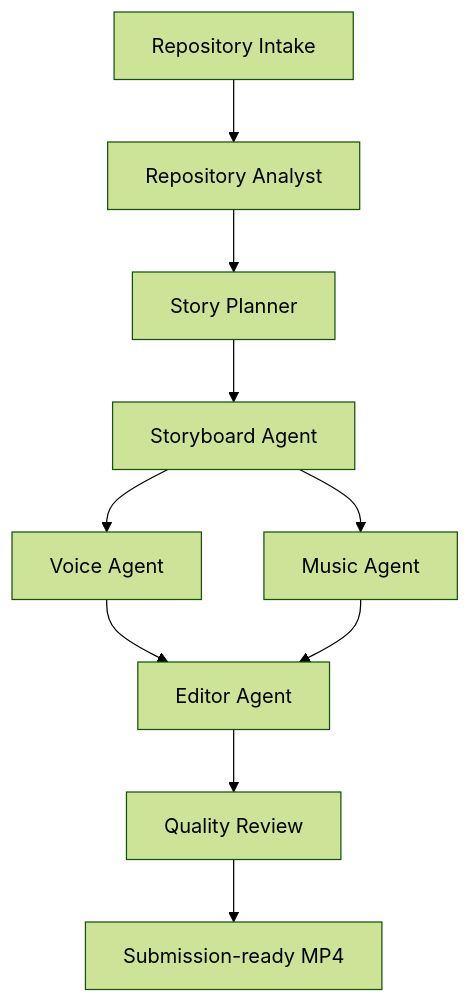
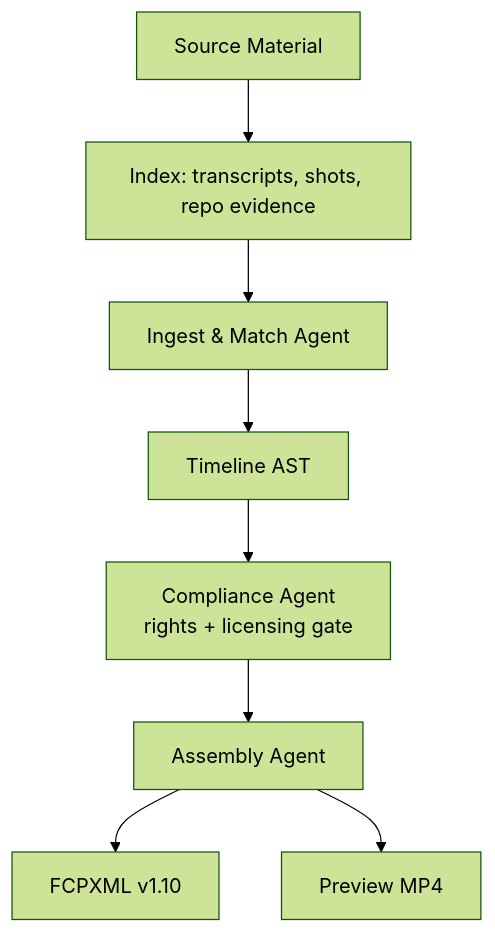
One commit to BeauBoorman/last-minute-studio changed the diagram in README.md. Above: the diagram before and after it, drawn with Mermaid (forest theme). The commit also changed other lines of this file and 4 other files, not shown here.

First line of the commit message:
docs: address review notes — align README/architecture/workflow, add judge path, split contest rules from guardrails

````diff
--- a/README.md
+++ b/README.md
@@ -13,12 +15,10 @@
 ```mermaid
 flowchart TD
-    A[Repository Intake] --> B[Repository Analyst]
-    B --> C[Story Planner]
-    C --> D[Storyboard Agent]
-    D --> E[Voice Agent]
-    D --> F[Music Agent]
-    E --> G[Editor Agent]
-    F --> G
-    G --> H[Quality Review]
-    H --> I[Submission-ready MP4]
+    A[Source Material] --> B[Index: transcripts, shots, repo evidence]
+    B --> C[Ingest & Match Agent]
+    C --> D[Timeline AST]
+    D --> E[Compliance Agent<br/>rights + licensing gate]
+    E --> F[Assembly Agent]
+    F --> G[FCPXML v1.10]
+    F --> H[Preview MP4]
 ```
````
